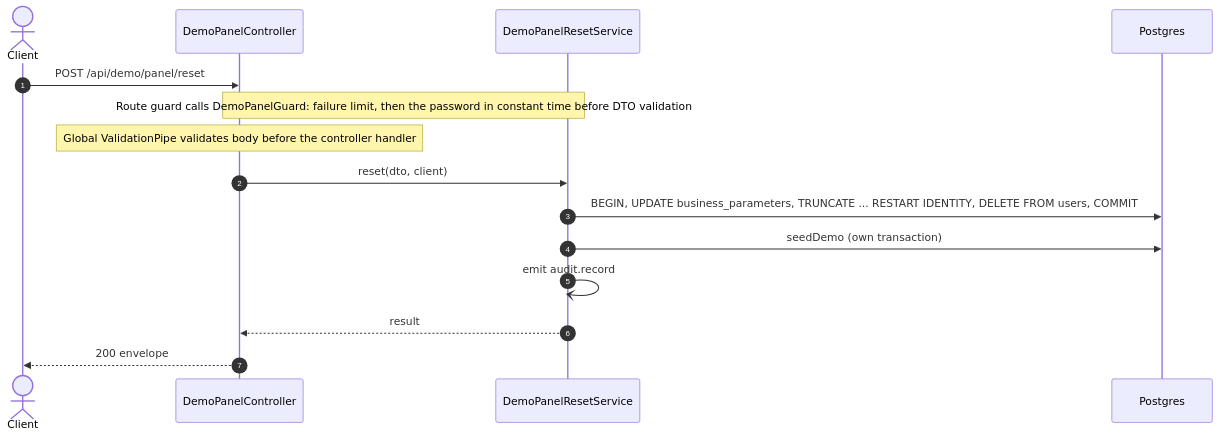
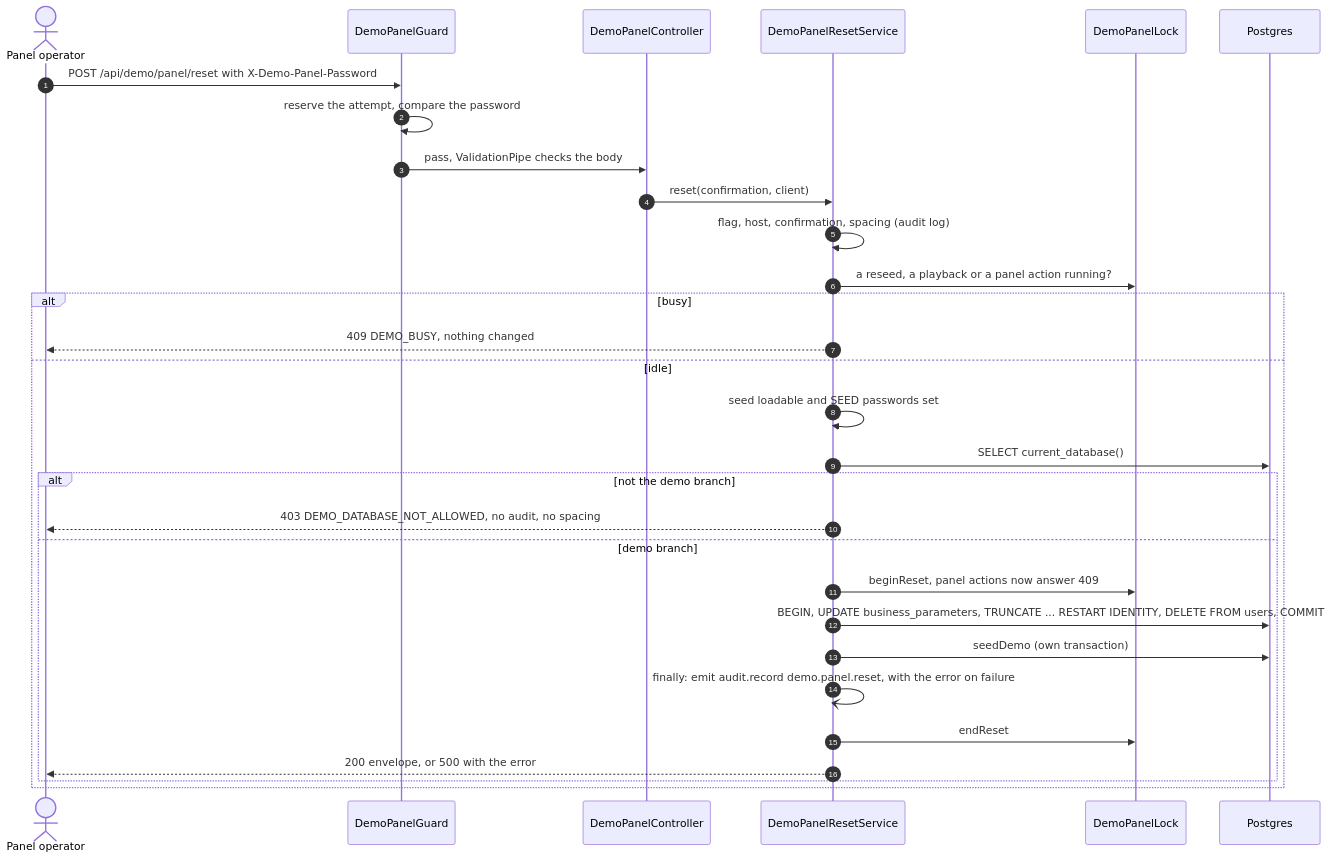
Before and after one commit to TrekLink-Team/treklink-web: the second of 2 diagrams in specs/demo/api-design/16-post-demo-panel-reset.md, drawn with Mermaid. The commit also changed 13 other files, not shown here.

First line of the commit message:
fix: drop stale demo panel wait reads and record skipped approvals (D-110)

````diff
--- a/specs/demo/api-design/16-post-demo-panel-reset.md
+++ b/specs/demo/api-design/16-post-demo-panel-reset.md
@@ -335,17 +335,32 @@
 ```mermaid
 sequenceDiagram
     autonumber
-    actor C as Client
+    actor C as Panel operator
+    participant G as DemoPanelGuard
     participant Ctl as DemoPanelController
     participant Svc as DemoPanelResetService
+    participant L as DemoPanelLock
     participant DB as Postgres
-    C->>Ctl: POST /api/demo/panel/reset
-    Note over Ctl,Svc: Route guard calls DemoPanelGuard: failure limit, then the password in constant time before DTO validation
-    Note over Ctl: Global ValidationPipe validates body before the controller handler
-    Ctl->>Svc: reset(dto, client)
-    Svc->>DB: BEGIN, UPDATE business_parameters, TRUNCATE ... RESTART IDENTITY, DELETE FROM users, COMMIT
-    Svc->>DB: seedDemo (own transaction)
-    Svc-)Svc: emit audit.record
-    Svc-->>Ctl: result
-    Ctl-->>C: 200 envelope
+    C->>G: POST /api/demo/panel/reset with X-Demo-Panel-Password
+    G->>G: reserve the attempt, compare the password
+    G->>Ctl: pass, ValidationPipe checks the body
+    Ctl->>Svc: reset(confirmation, client)
+    Svc->>Svc: flag, host, confirmation, spacing (audit log)
+    Svc->>L: a reseed, a playback or a panel action running?
+    alt busy
+        Svc-->>C: 409 DEMO_BUSY, nothing changed
+    else idle
+        Svc->>Svc: seed loadable and SEED passwords set
+        Svc->>DB: SELECT current_database()
+        alt not the demo branch
+            Svc-->>C: 403 DEMO_DATABASE_NOT_ALLOWED, no audit, no spacing
+        else demo branch
+            Svc->>L: beginReset, panel actions now answer 409
+            Svc->>DB: BEGIN, UPDATE business_parameters, TRUNCATE ... RESTART IDENTITY, DELETE FROM users, COMMIT
+            Svc->>DB: seedDemo (own transaction)
+            Svc-)Svc: finally: emit audit.record demo.panel.reset, with the error on failure
+            Svc->>L: endReset
+            Svc-->>C: 200 envelope, or 500 with the error
+        end
+    end
 ```
````
